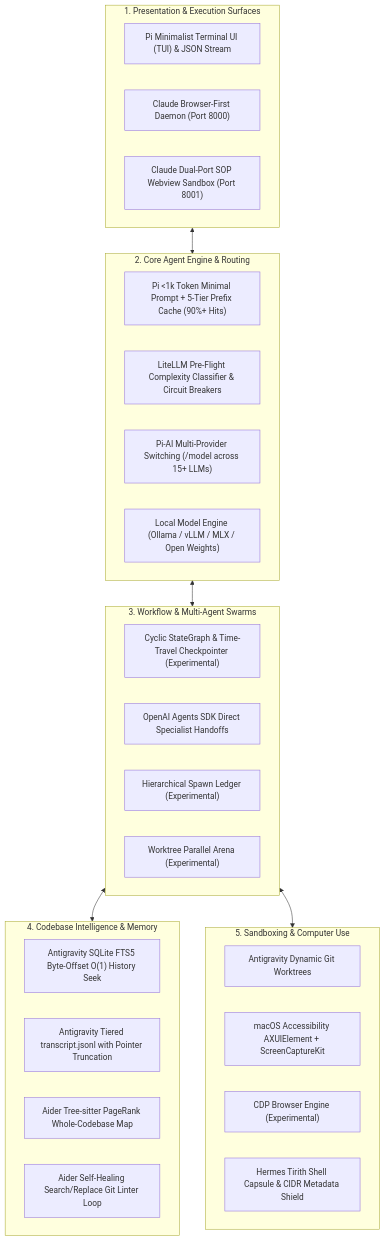
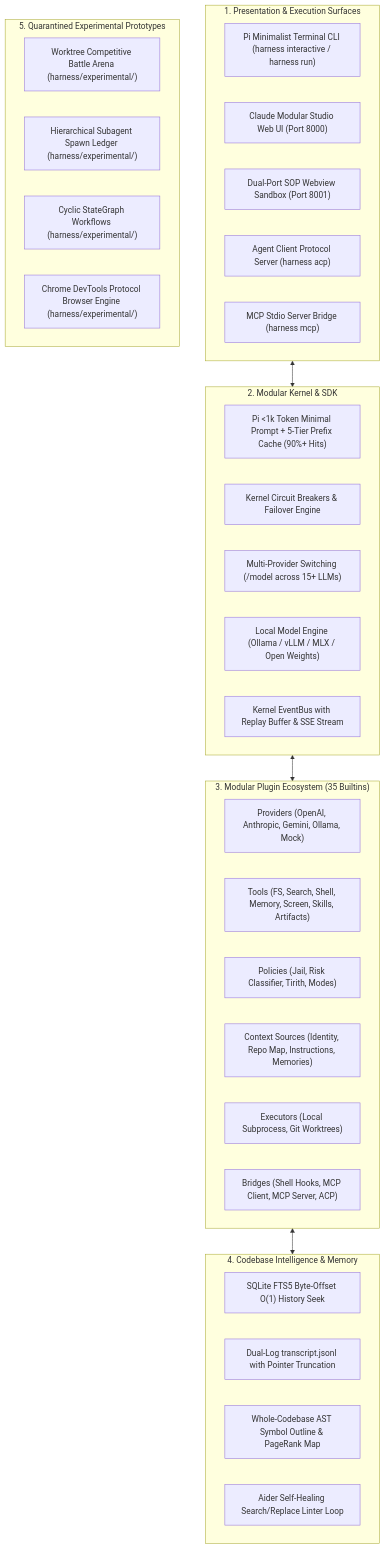
One commit to knarayanareddy/Harness-Zero changed the diagram in README.md. Above: the diagram before and after it, drawn with Mermaid. The commit also changed other lines of this file, not shown here.

````diff
--- a/README.md
+++ b/README.md
@@ -12,41 +12,45 @@
 ```mermaid
 flowchart TD
     subgraph UI ["1. Presentation & Execution Surfaces"]
-        TUI["Pi Minimalist Terminal UI (TUI) & JSON Stream"]
-        WEB["Claude Browser-First Daemon (Port 8000)"]
-        SOP_SANDBOX["Claude Dual-Port SOP Webview Sandbox (Port 8001)"]
+        CLI["Pi Minimalist Terminal CLI (harness interactive / harness run)"]
+        WEB["Claude Modular Studio Web UI (Port 8000)"]
+        SOP_SANDBOX["Dual-Port SOP Webview Sandbox (Port 8001)"]
+        ACP["Agent Client Protocol Server (harness acp)"]
+        MCP_SRV["MCP Stdio Server Bridge (harness mcp)"]
     end
 
-    subgraph Core ["2. Core Agent Engine & Routing"]
+    subgraph Core ["2. Modular Kernel & SDK"]
         PROMPT["Pi <1k Token Minimal Prompt + 5-Tier Prefix Cache (90%+ Hits)"]
-        ROUTER["LiteLLM Pre-Flight Complexity Classifier & Circuit Breakers"]
-        MODELS["Pi-AI Multi-Provider Switching (/model across 15+ LLMs)"]
+        BREAKER["Kernel Circuit Breakers & Failover Engine"]
+        MODELS["Multi-Provider Switching (/model across 15+ LLMs)"]
         BYOK["Local Model Engine (Ollama / vLLM / MLX / Open Weights)"]
+        BUS["Kernel EventBus with Replay Buffer & SSE Stream"]
     end
 
-    subgraph Orchestration ["3. Workflow & Multi-Agent Swarms"]
-        STATE_GRAPH["Cyclic StateGraph & Time-Travel Checkpointer (Experimental)"]
-        HANDOFFS["OpenAI Agents SDK Direct Specialist Handoffs"]
-        SPAWN_TREE["Hierarchical Spawn Ledger (Experimental)"]
-        BATTLE["Worktree Parallel Arena (Experimental)"]
+    subgraph Plugins ["3. Modular Plugin Ecosystem (35 Builtins)"]
+        PROVIDERS["Providers (OpenAI, Anthropic, Gemini, Ollama, Mock)"]
+        TOOLS["Tools (FS, Search, Shell, Memory, Screen, Skills, Artifacts)"]
+        POLICIES["Policies (Jail, Risk Classifier, Tirith, Modes)"]
+        CONTEXT["Context Sources (Identity, Repo Map, Instructions, Memories)"]
+        EXECUTORS["Executors (Local Subprocess, Git Worktrees)"]
+        BRIDGES["Bridges (Shell Hooks, MCP Client, MCP Server, ACP)"]
     end
 
     subgraph Memory ["4. Codebase Intelligence & Memory"]
-        FTS5["Antigravity SQLite FTS5 Byte-Offset O(1) History Seek"]
-        TRANSCRIPT["Antigravity Tiered transcript.jsonl with Pointer Truncation"]
-        REPOMAP["Aider Tree-sitter PageRank Whole-Codebase Map"]
-        DIFF_LOOP["Aider Self-Healing Search/Replace Git Linter Loop"]
+        FTS5["SQLite FTS5 Byte-Offset O(1) History Seek"]
+        TRANSCRIPT["Dual-Log transcript.jsonl with Pointer Truncation"]
+        REPOMAP["Whole-Codebase AST Symbol Outline & PageRank Map"]
+        DIFF_LOOP["Aider Self-Healing Search/Replace Linter Loop"]
     end
 
-    subgraph Automation ["5. Sandboxing & Computer Use"]
-        WORKTREES["Antigravity Dynamic Git Worktrees"]
-        DESKTOP["macOS Accessibility AXUIElement + ScreenCaptureKit"]
-        BROWSER["CDP Browser Engine (Experimental)"]
-        SECURITY["Hermes Tirith Shell Capsule & CIDR Metadata Shield"]
+    subgraph Experimental ["5. Quarantined Experimental Prototypes"]
+        EXP_ARENA["Worktree Competitive Battle Arena (harness/experimental/)"]
+        EXP_SPAWN["Hierarchical Subagent Spawn Ledger (harness/experimental/)"]
+        EXP_GRAPH["Cyclic StateGraph Workflows (harness/experimental/)"]
+        EXP_CDP["Chrome DevTools Protocol Browser Engine (harness/experimental/)"]
     end
 
     UI <--> Core
-    Core <--> Orchestration
-    Orchestration <--> Memory
-    Orchestration <--> Automation
+    Core <--> Plugins
+    Plugins <--> Memory
 ```
````
